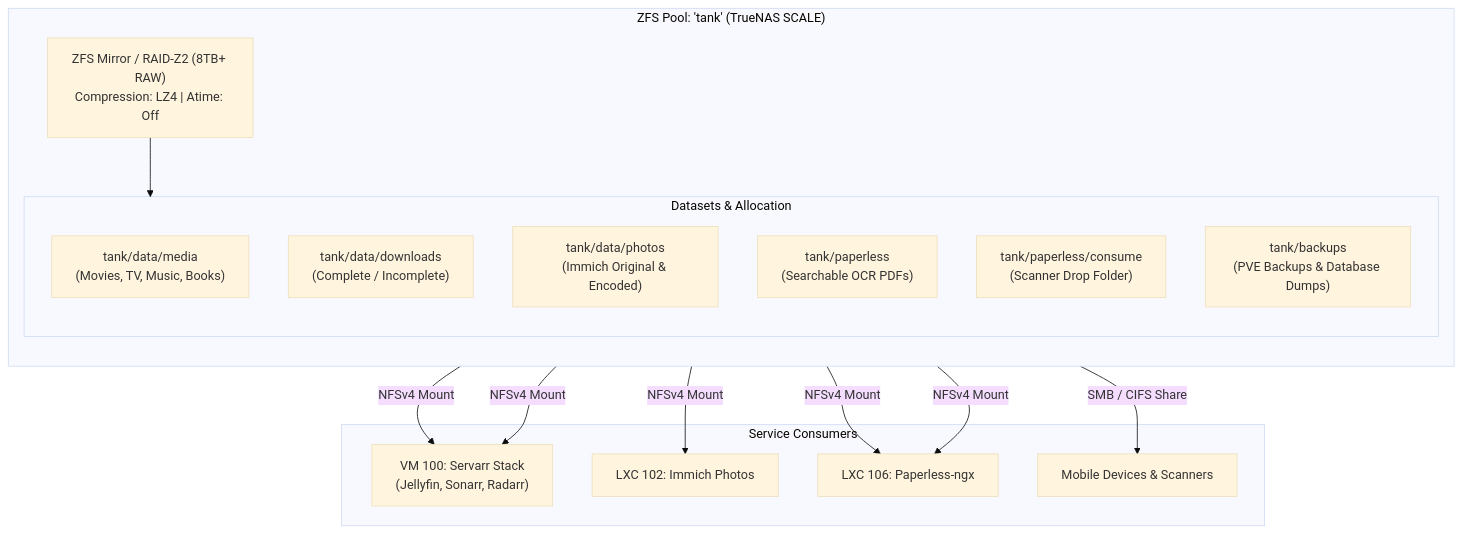
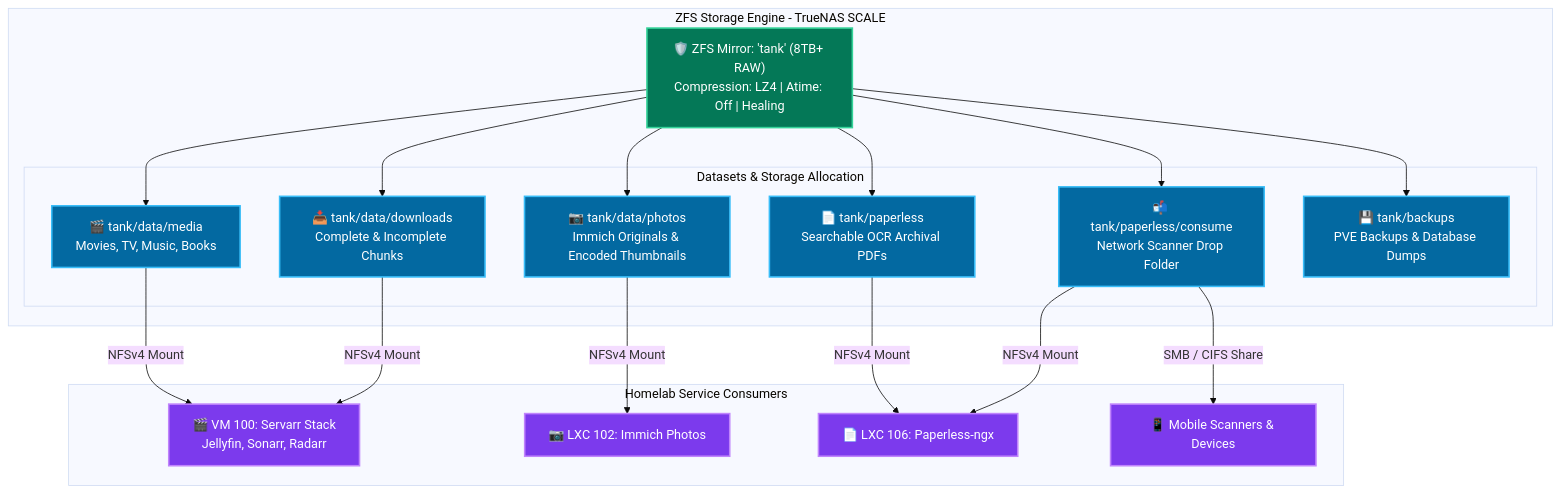
One commit to nishilshah/homelab-blueprints changed the diagram in core/storage-architecture.md. Above: the diagram before and after it, drawn with Mermaid (base theme). The commit also changed 14 other files, not shown here.

Commit message:
fix(docs): resolve GitHub Mermaid rendering errors and add vibrant color themes across all diagrams

````diff
--- a/core/storage-architecture.md
+++ b/core/storage-architecture.md
@@ -18,32 +18,40 @@
 ```mermaid
 flowchart TD
-    subgraph StoragePool ["ZFS Pool: 'tank' (TrueNAS SCALE)"]
-        direction TB
-        Pool["ZFS Mirror / RAID-Z2 (8TB+ RAW)<br/>Compression: LZ4 | Atime: Off"]
+    classDef pool fill:#047857,stroke:#34d399,stroke-width:2px,color:#ffffff;
+    classDef dataset fill:#0369a1,stroke:#38bdf8,stroke-width:2px,color:#ffffff;
+    classDef client fill:#7c3aed,stroke:#c084fc,stroke-width:2px,color:#ffffff;
+
+    subgraph StoragePool ["ZFS Storage Engine - TrueNAS SCALE"]
+        Pool["🛡️ ZFS Mirror: 'tank' (8TB+ RAW)<br/>Compression: LZ4 | Atime: Off | Healing"]:::pool
         
-        subgraph Datasets ["Datasets & Allocation"]
-            Media["tank/data/media<br/>(Movies, TV, Music, Books)"]
-            Downloads["tank/data/downloads<br/>(Complete / Incomplete)"]
-            Photos["tank/data/photos<br/>(Immich Original & Encoded)"]
-            Paperless["tank/paperless<br/>(Searchable OCR PDFs)"]
-            Consume["tank/paperless/consume<br/>(Scanner Drop Folder)"]
-            Backups["tank/backups<br/>(PVE Backups & Database Dumps)"]
+        subgraph Datasets ["Datasets & Storage Allocation"]
+            Media["🎬 tank/data/media<br/>Movies, TV, Music, Books"]:::dataset
+            Downloads["📥 tank/data/downloads<br/>Complete & Incomplete Chunks"]:::dataset
+            Photos["📷 tank/data/photos<br/>Immich Originals & Encoded Thumbnails"]:::dataset
+            Paperless["📄 tank/paperless<br/>Searchable OCR Archival PDFs"]:::dataset
+            Consume["📬 tank/paperless/consume<br/>Network Scanner Drop Folder"]:::dataset
+            Backups["💾 tank/backups<br/>PVE Backups & Database Dumps"]:::dataset
         end
         
-        Pool --> Datasets
+        Pool --> Media
+        Pool --> Downloads
+        Pool --> Photos
+        Pool --> Paperless
+        Pool --> Consume
+        Pool --> Backups
     end
 
-    subgraph Clients ["Service Consumers"]
-        Servarr["VM 100: Servarr Stack<br/>(Jellyfin, Sonarr, Radarr)"]
-        Immich["LXC 102: Immich Photos"]
-        PaperlessLXC["LXC 106: Paperless-ngx"]
-        Scanner["Mobile Devices & Scanners"]
+    subgraph Clients ["Homelab Service Consumers"]
+        Servarr["🎬 VM 100: Servarr Stack<br/>Jellyfin, Sonarr, Radarr"]:::client
+        Immich["📷 LXC 102: Immich Photos"]:::client
+        PaperlessLXC["📄 LXC 106: Paperless-ngx"]:::client
+        Scanner["📱 Mobile Scanners & Devices"]:::client
     end
 
     Media -->|NFSv4 Mount| Servarr
     Downloads -->|NFSv4 Mount| Servarr
     Photos -->|NFSv4 Mount| Immich
     Paperless -->|NFSv4 Mount| PaperlessLXC
     Consume -->|NFSv4 Mount| PaperlessLXC
     Consume -->|SMB / CIFS Share| Scanner
 ```
````
